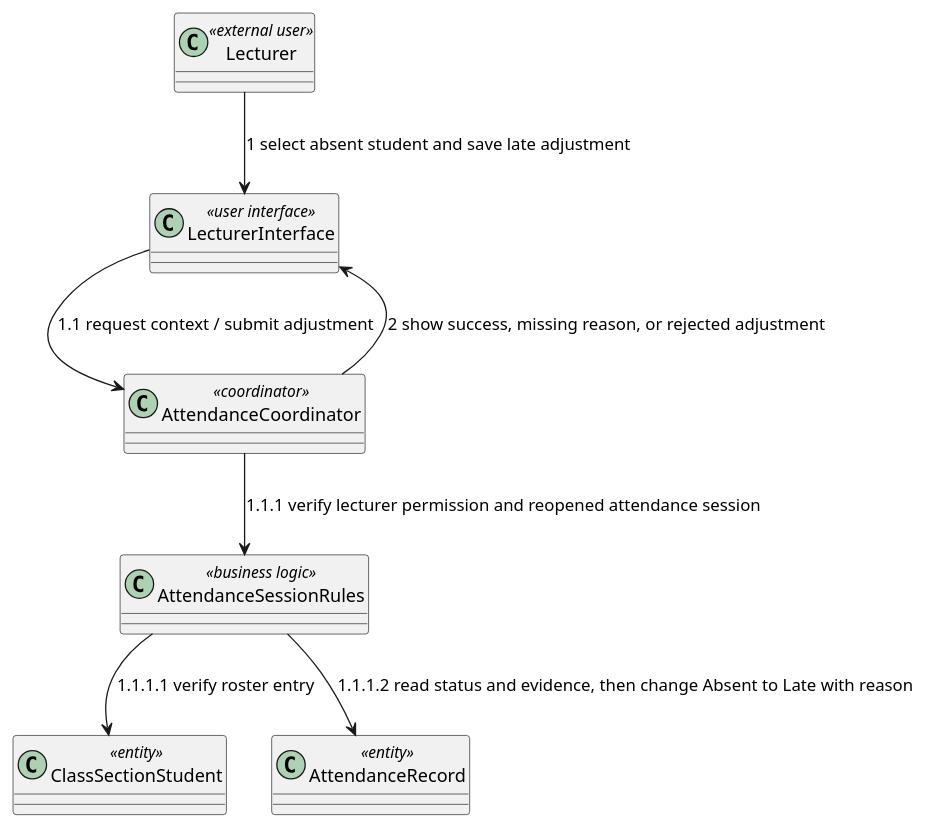
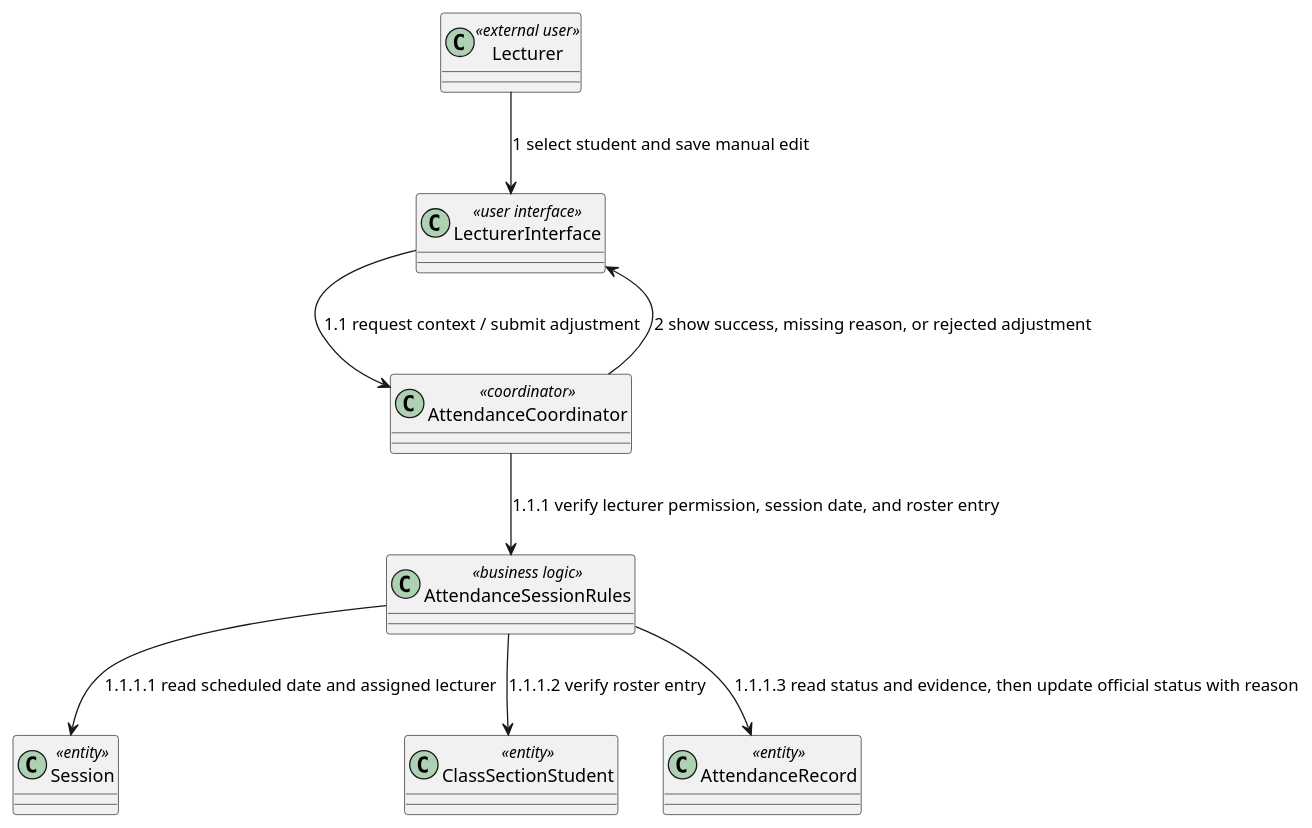
One commit to nttung42/SWD392 changed diagram 20 of 26 in docs/rds/2_Analysis.md. Above: the diagram before and after it, drawn with PlantUML. The commit also changed other lines of this file and 3 other files, not shown here.

````diff
--- a/docs/rds/2_Analysis.md
+++ b/docs/rds/2_Analysis.md
@@ -929,17 +910,19 @@
 ```plantuml
 @startuml
 class "Lecturer" as Lecturer <<external user>>
 class "LecturerInterface" as LecturerUI <<user interface>>
 class "AttendanceCoordinator" as AdjustmentControl <<coordinator>>
 class "AttendanceSessionRules" as SessionRules <<business logic>>
+class "Session" as Session <<entity>>
 class "ClassSectionStudent" as ClassSectionStudent <<entity>>
 class "AttendanceRecord" as AttendanceRecord <<entity>>
 
-Lecturer --> LecturerUI : 1 select absent student and save late adjustment
+Lecturer --> LecturerUI : 1 select student and save manual edit
 LecturerUI --> AdjustmentControl : 1.1 request context / submit adjustment
-AdjustmentControl --> SessionRules : 1.1.1 verify lecturer permission and reopened attendance session
-SessionRules --> ClassSectionStudent : 1.1.1.1 verify roster entry
-SessionRules --> AttendanceRecord : 1.1.1.2 read status and evidence, then change Absent to Late with reason
+AdjustmentControl --> SessionRules : 1.1.1 verify lecturer permission, session date, and roster entry
+SessionRules --> Session : 1.1.1.1 read scheduled date and assigned lecturer
+SessionRules --> ClassSectionStudent : 1.1.1.2 verify roster entry
+SessionRules --> AttendanceRecord : 1.1.1.3 read status and evidence, then update official status with reason
 AdjustmentControl --> LecturerUI : 2 show success, missing reason, or rejected adjustment
 @enduml
 ```
````
